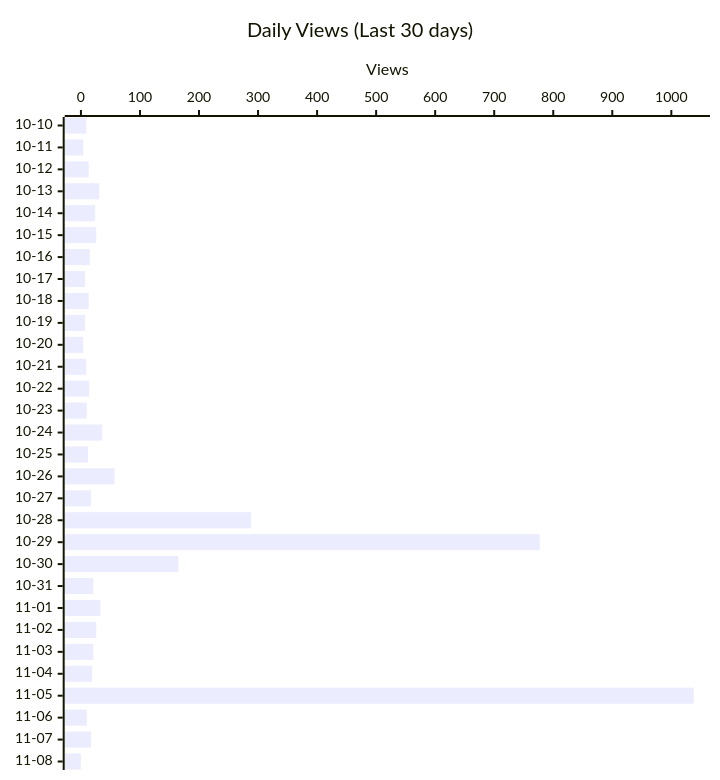
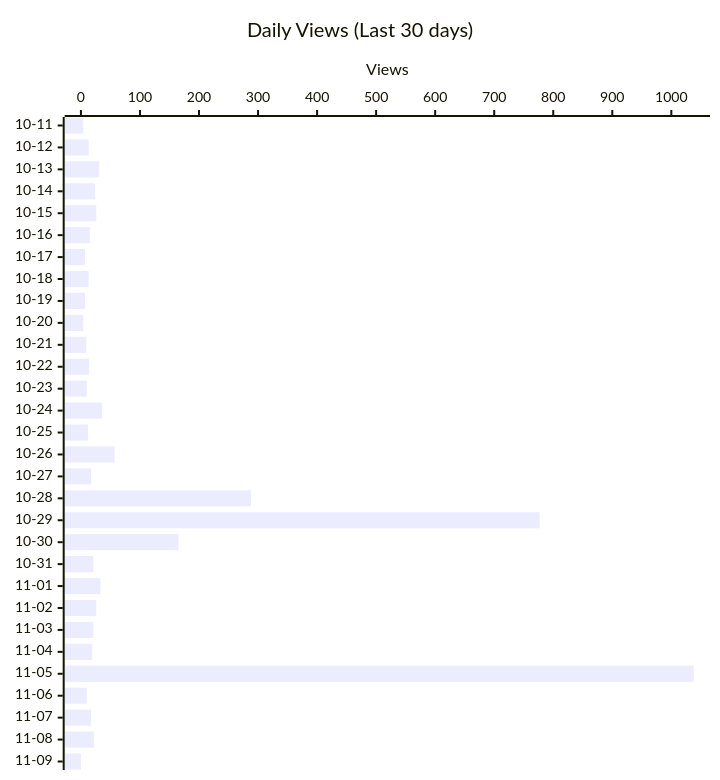
One commit to shigechika/github-insights changed the second of 4 diagrams in README.md. Above: the diagram before and after it, drawn with Mermaid. The commit also changed other lines of this file and 1 other file, not shown here.

````diff
--- a/README.md
+++ b/README.md
@@ -28,12 +28,12 @@
 ```mermaid
 ---
 config:
   xyChart:
     height: 760
 ---
 xychart-beta horizontal
     title "Daily Views (Last 30 days)"
-    x-axis ["10-10", "10-11", "10-12", "10-13", "10-14", "10-15", "10-16", "10-17", "10-18", "10-19", "10-20", "10-21", "10-22", "10-23", "10-24", "10-25", "10-26", "10-27", "10-28", "10-29", "10-30", "10-31", "11-01", "11-02", "11-03", "11-04", "11-05", "11-06", "11-07", "11-08"]
+    x-axis ["10-11", "10-12", "10-13", "10-14", "10-15", "10-16", "10-17", "10-18", "10-19", "10-20", "10-21", "10-22", "10-23", "10-24", "10-25", "10-26", "10-27", "10-28", "10-29", "10-30", "10-31", "11-01", "11-02", "11-03", "11-04", "11-05", "11-06", "11-07", "11-08", "11-09"]
     y-axis "Views"
-    bar [9, 4, 13, 31, 24, 26, 15, 7, 13, 7, 4, 9, 14, 10, 36, 12, 57, 17, 288, 777, 165, 21, 33, 26, 21, 19, 1038, 10, 17, 0]
+    bar [4, 13, 31, 24, 26, 15, 7, 13, 7, 4, 9, 14, 10, 36, 12, 57, 17, 288, 777, 165, 21, 33, 26, 21, 19, 1038, 10, 17, 22, 0]
 ```
````
